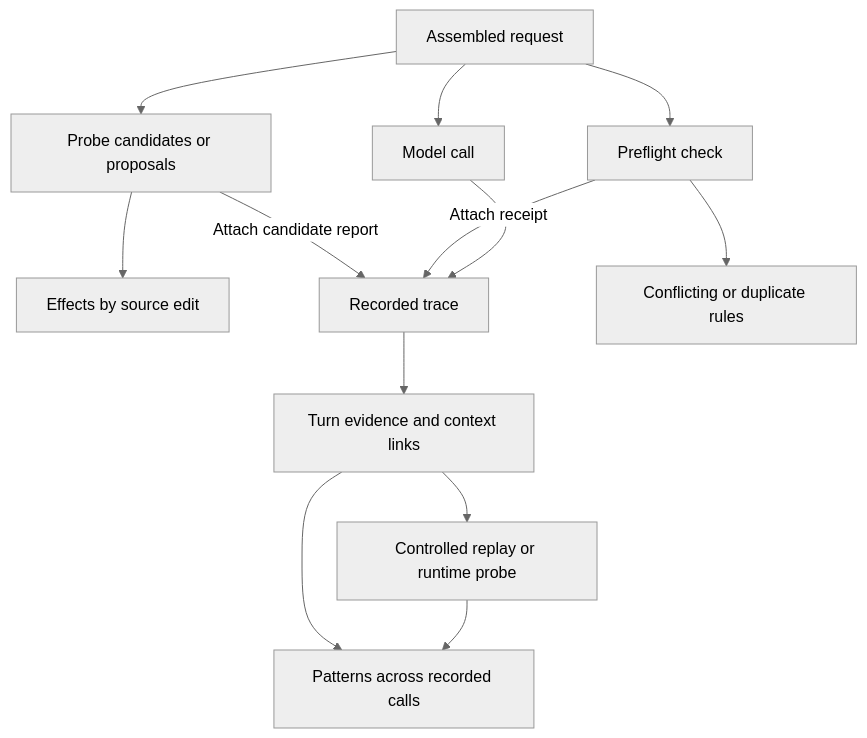
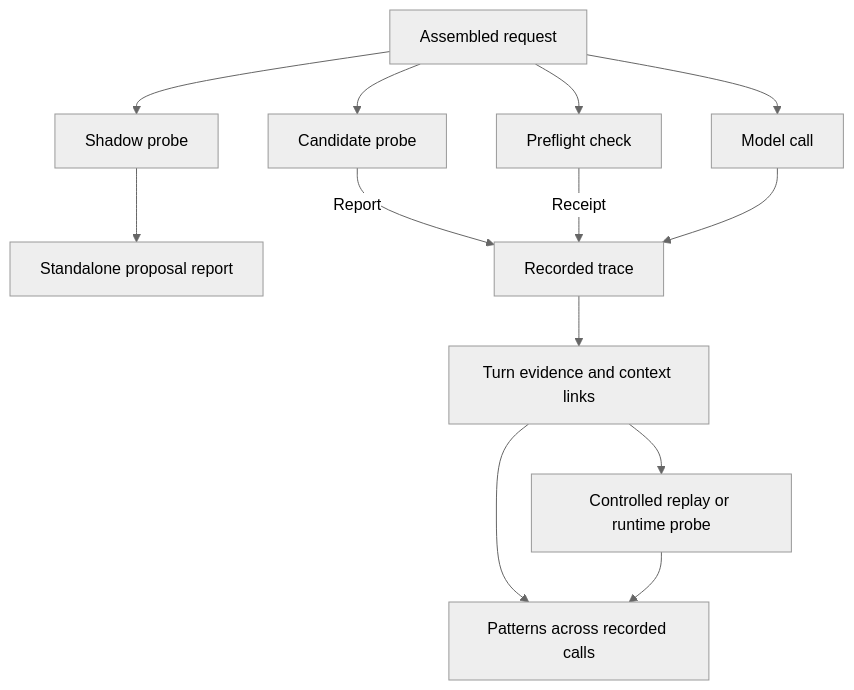
One commit to thakur-ro/A2Context changed the first of 2 diagrams in docs/architecture.md. Above: the diagram before and after it, drawn with Mermaid (neutral theme). The commit also changed other lines of this file and 7 other files, not shown here.

````diff
--- a/docs/architecture.md
+++ b/docs/architecture.md
@@ -5,17 +5,17 @@
 ```mermaid
 flowchart TD
-    accTitle: Evidence from request to recurring patterns
-    accDescr: Preflight checks the request. Pending probes score candidates or compare shadow proposals. After the model call, the trace supports turn evidence, controlled experiments, and patterns.
+    accTitle: Evidence before and after a model call
+    accDescr: Preflight and both pending probes use the assembled request. Recorded calls link to matched preflight receipts and candidate reports. Shadow probes produce standalone reports.
     A[Assembled request] --> M[Model call]
     A --> P[Preflight check]
-    A --> B[Probe candidates or proposals]
-    B --> S[Effects by source edit]
-    B -->|Attach candidate report| T
-    P --> F[Conflicting or duplicate rules]
-    P -->|Attach receipt| T
+    A --> B[Candidate probe]
+    A --> S[Shadow probe]
+    S --> H[Standalone proposal report]
+    B -->|Report| T
+    P -->|Receipt| T
     M --> T[Recorded trace]
     T --> I[Turn evidence and context links]
     I --> R[Controlled replay or runtime probe]
     I --> G[Patterns across recorded calls]
     R --> G
 ```
````
